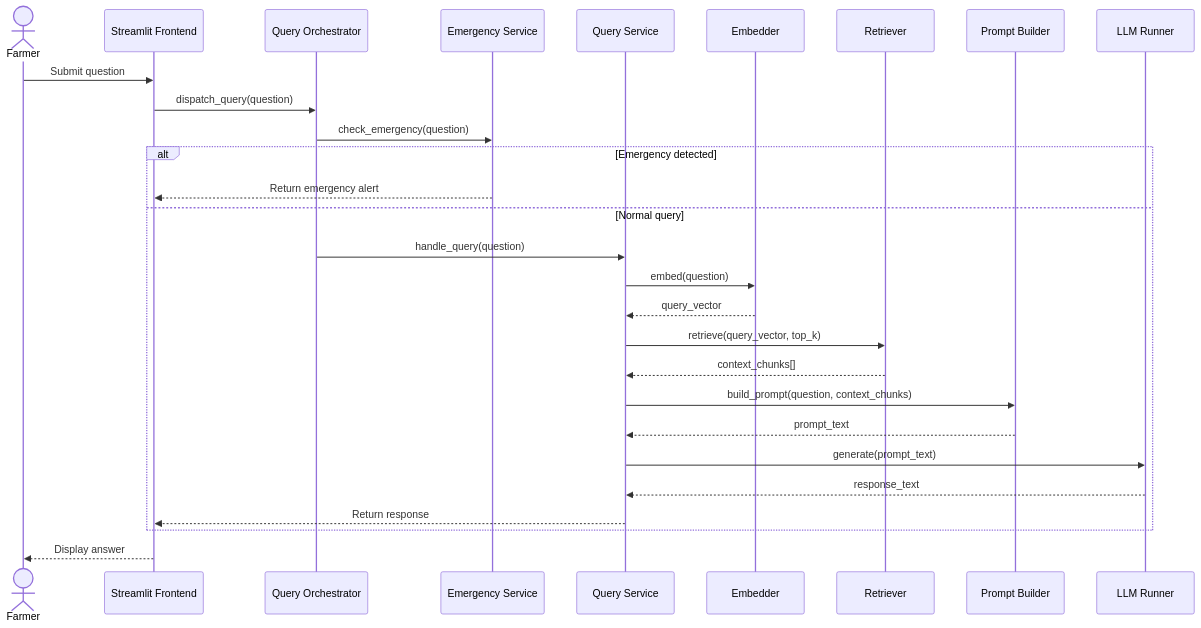
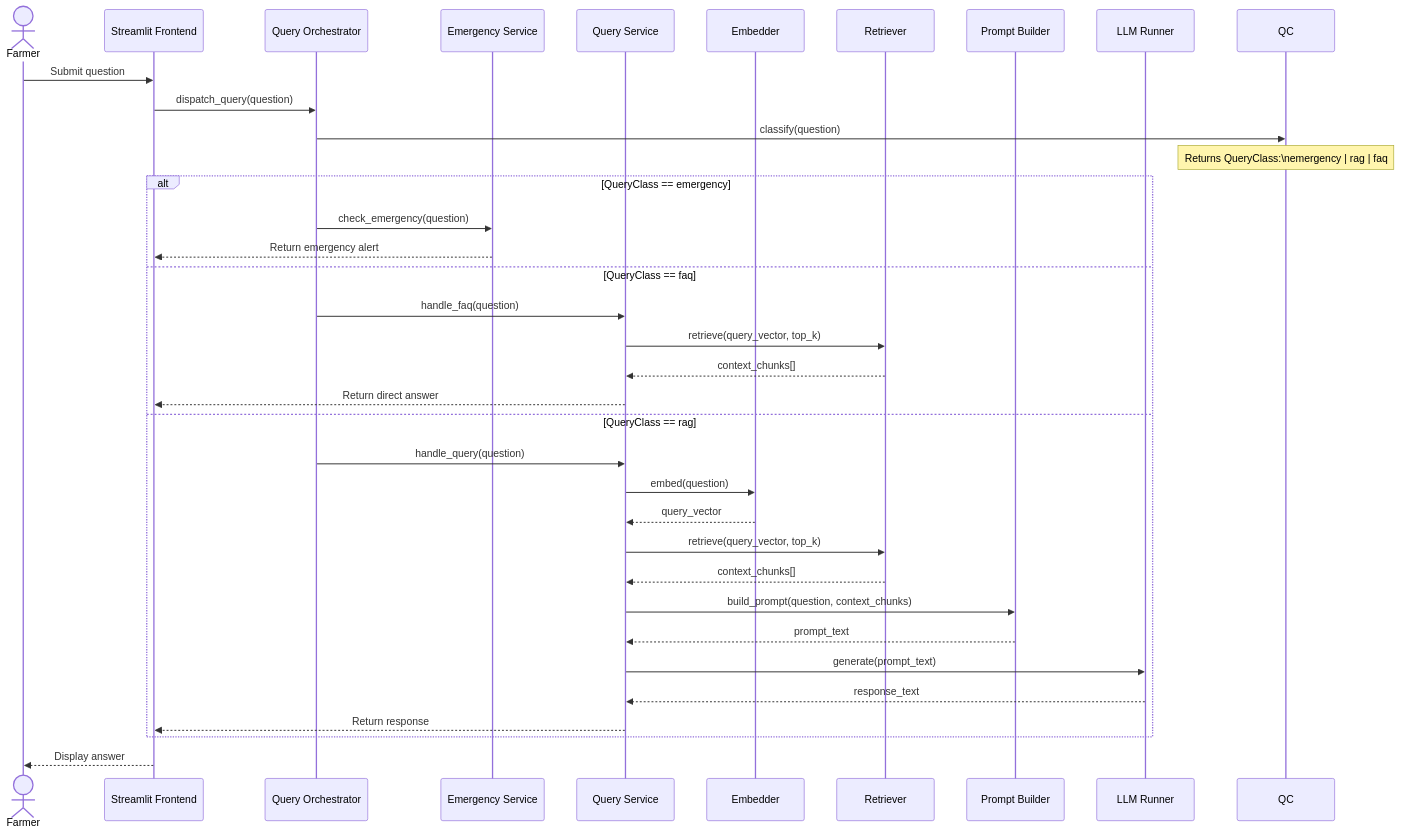
Before and after one commit to zulyadainimuhammad/poultryguard-ai: the second of 2 diagrams in docs/architecture/software_architecture.md, drawn with Mermaid. The commit also changed other lines of this file and 10 other files, not shown here.

Commit message:
docs(architecture): refine system design and knowledge base structure

````diff
--- a/docs/architecture/software_architecture.md
+++ b/docs/architecture/software_architecture.md
@@ -133,31 +136,38 @@
 ```mermaid
 sequenceDiagram
     actor Farmer
     participant UI as Streamlit Frontend
     participant Orch as Query Orchestrator
     participant EM as Emergency Service
     participant QS as Query Service
     participant EMB as Embedder
     participant RET as Retriever
     participant PB as Prompt Builder
     participant LLM as LLM Runner
 
     Farmer->>UI: Submit question
     UI->>Orch: dispatch_query(question)
-    Orch->>EM: check_emergency(question)
-    alt Emergency detected
+    Orch->>QC: classify(question)
+    Note over QC: Returns QueryClass:\nemergency | rag | faq
+    alt QueryClass == emergency
+        Orch->>EM: check_emergency(question)
         EM-->>UI: Return emergency alert
-    else Normal query
+    else QueryClass == faq
+        Orch->>QS: handle_faq(question)
+        QS->>RET: retrieve(query_vector, top_k)
+        RET-->>QS: context_chunks[]
+        QS-->>UI: Return direct answer
+    else QueryClass == rag
         Orch->>QS: handle_query(question)
         QS->>EMB: embed(question)
         EMB-->>QS: query_vector
         QS->>RET: retrieve(query_vector, top_k)
         RET-->>QS: context_chunks[]
         QS->>PB: build_prompt(question, context_chunks)
         PB-->>QS: prompt_text
         QS->>LLM: generate(prompt_text)
         LLM-->>QS: response_text
         QS-->>UI: Return response
     end
     UI-->>Farmer: Display answer
 ```
````
